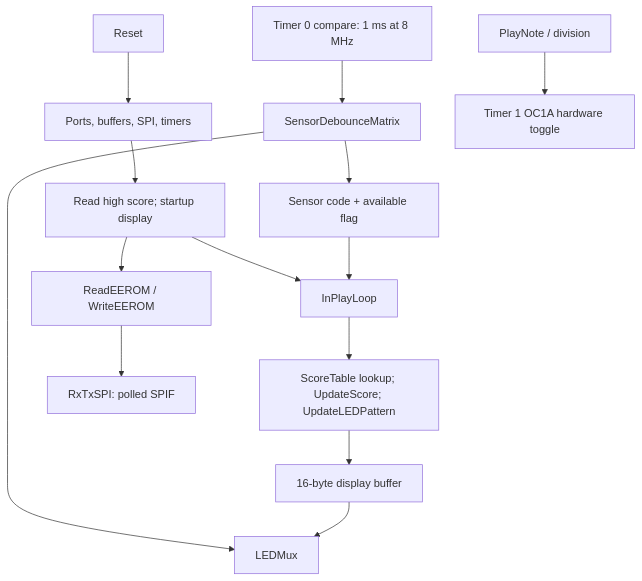
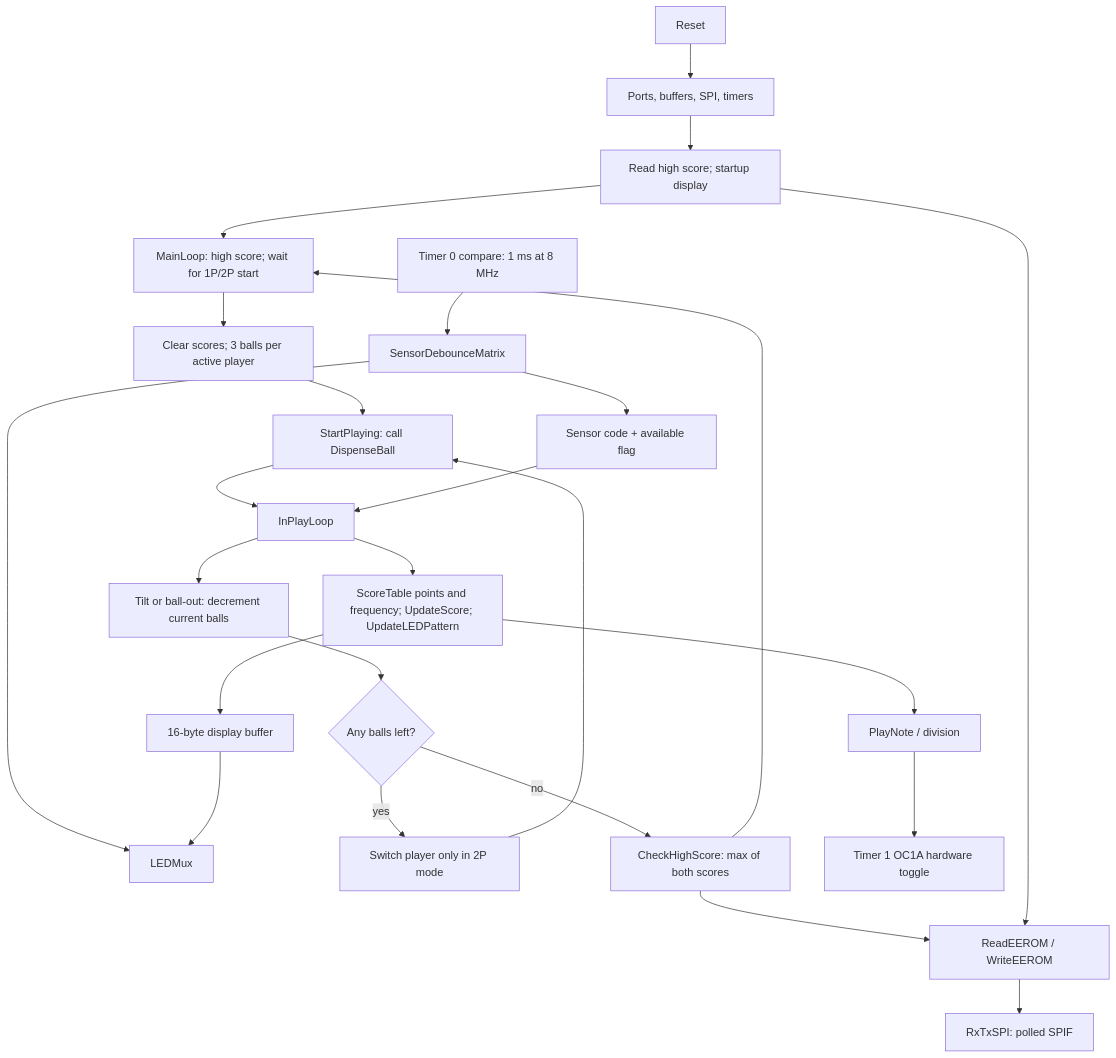
Before and after one commit to Gabo-szhj/pinball_machine: the diagram in README.md, drawn with Mermaid. The commit also changed other lines of this file and 9 other files, not shown here.

Commit message:
Complete pinball game flow and add ATmega64-compatible AVRA build

````diff
--- a/README.md
+++ b/README.md
@@ -37,16 +38,27 @@
 ```mermaid
 flowchart TD
     Reset --> Init[Ports, buffers, SPI, timers]
     Init --> Read[Read high score; startup display]
-    Read --> Loop[InPlayLoop]
+    Read --> Attract[MainLoop: high score; wait for 1P/2P start]
+    Attract --> New[Clear scores; 3 balls per active player]
+    New --> Start[StartPlaying: call DispenseBall]
+    Start --> Loop[InPlayLoop]
     T0[Timer 0 compare: 1 ms at 8 MHz] --> Scan[SensorDebounceMatrix]
     Scan --> Mux[LEDMux]
     Scan --> Mailbox[Sensor code + available flag]
     Mailbox --> Loop
-    Loop --> Score[ScoreTable lookup; UpdateScore; UpdateLEDPattern]
+    Loop --> Score[ScoreTable points and frequency; UpdateScore; UpdateLEDPattern]
+    Loop --> Lost[Tilt or ball-out: decrement current balls]
+    Lost --> Next{Any balls left?}
+    Next -->|yes| Turn[Switch player only in 2P mode]
+    Turn --> Start
+    Next -->|no| Record[CheckHighScore: max of both scores]
+    Record --> Attract
+    Record --> EEPROM
+    Score --> Tone
     Score --> Buffer[16-byte display buffer]
     Buffer --> Mux
     Tone[PlayNote / division] --> T1[Timer 1 OC1A hardware toggle]
     Read --> EEPROM[ReadEEROM / WriteEEROM]
     EEPROM --> SPI[RxTxSPI: polled SPIF]
 ```
````
